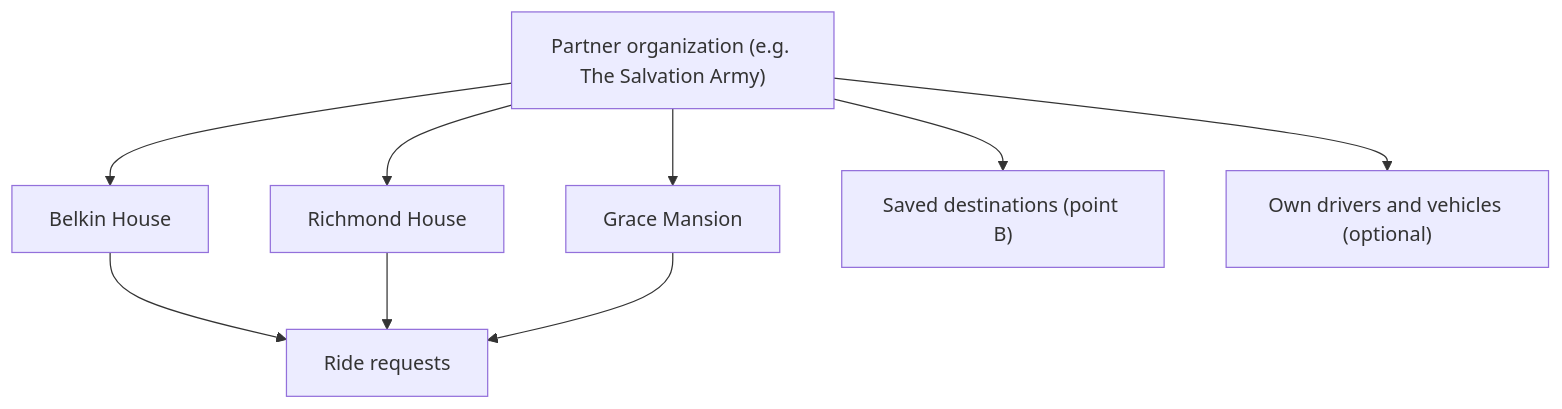
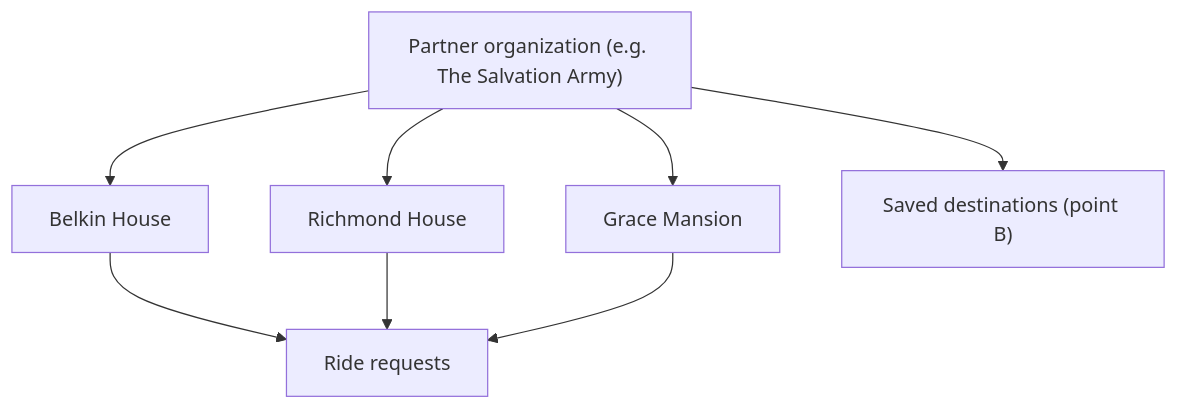
Before and after one commit to FaithTechGlobalLabs/CareRide-Team-1: the first of 3 diagrams in PRODUCT_DESCRIPTION.md, drawn with Mermaid. The commit also changed other lines of this file and 13 other files, not shown here.

First line of the commit message:
Stop partner organizations from registering their own drivers.

````diff
--- a/PRODUCT_DESCRIPTION.md
+++ b/PRODUCT_DESCRIPTION.md
@@ -57,11 +57,10 @@
 ```mermaid
 flowchart TD
     Org["Partner organization (e.g. The Salvation Army)"] --> H1["Belkin House"]
     Org --> H2["Richmond House"]
     Org --> H3["Grace Mansion"]
     Org --> D["Saved destinations (point B)"]
-    Org --> V["Own drivers and vehicles (optional)"]
     H1 --> R["Ride requests"]
     H2 --> R
     H3 --> R
 ```
````
